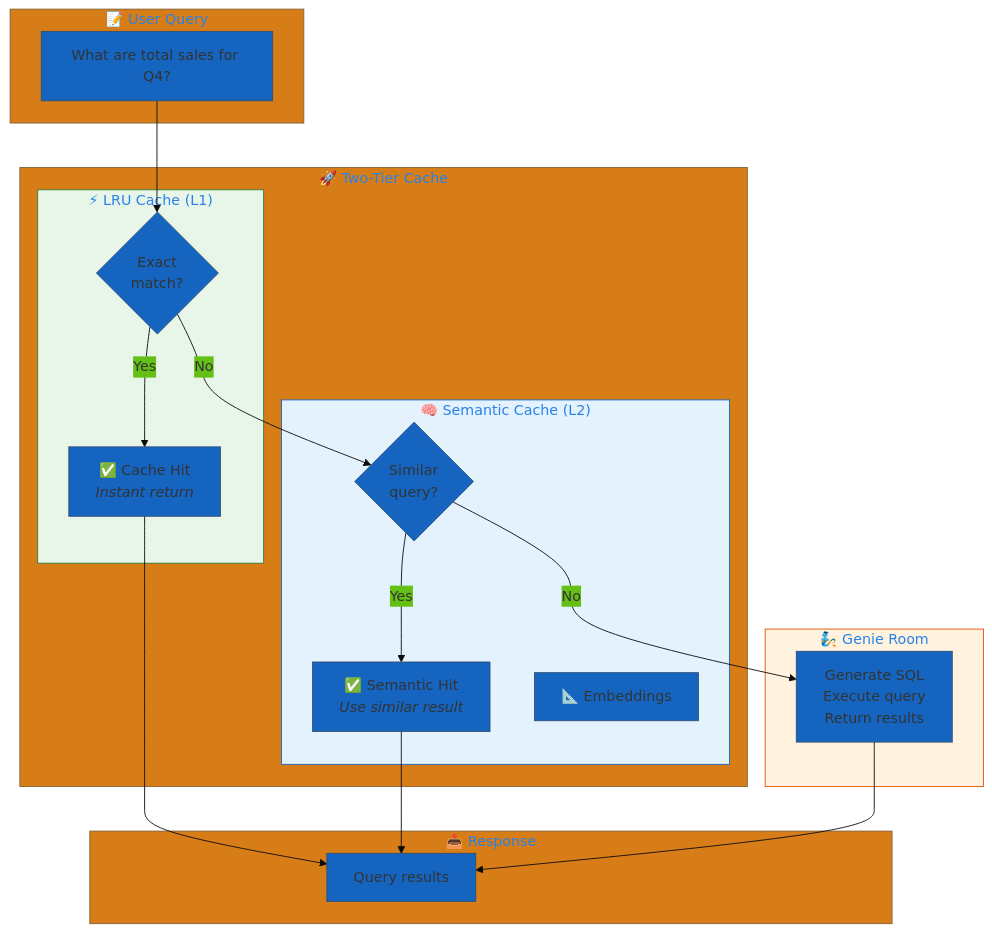
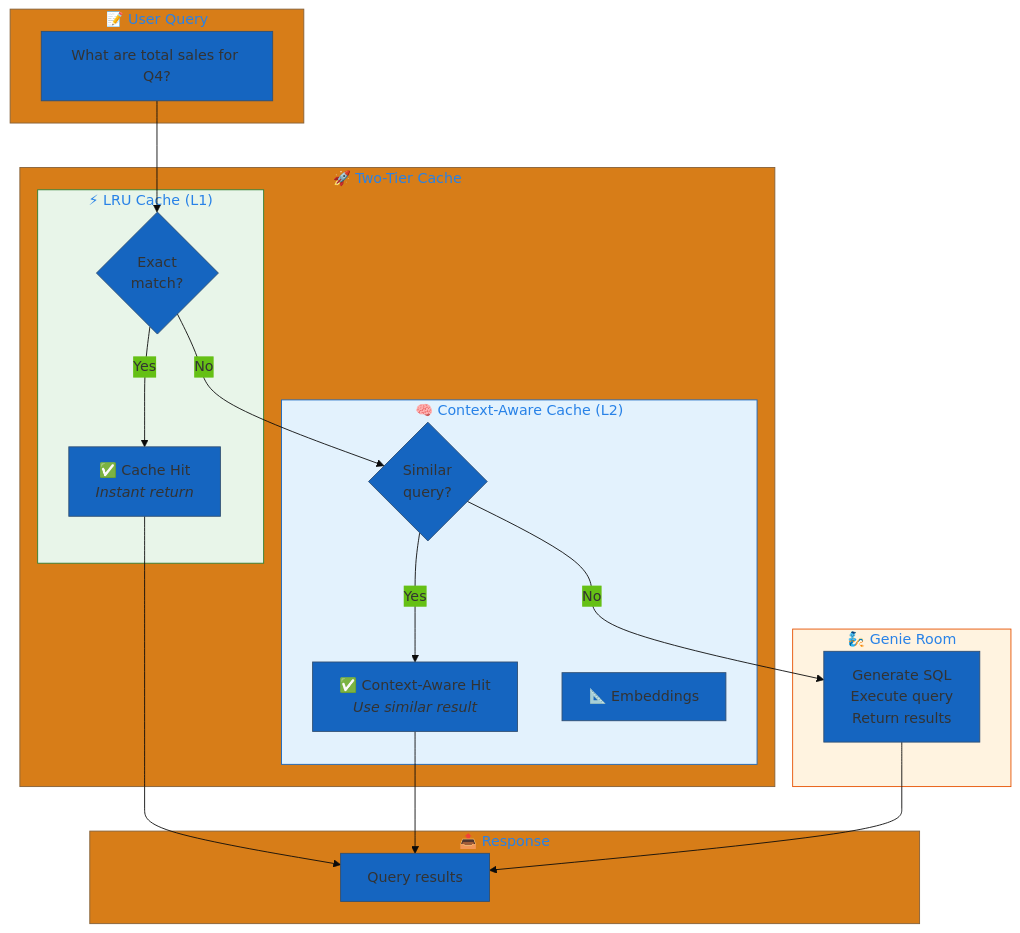
One commit to natefleming/retail-ai changed the first of 6 diagrams in config/examples/04_genie/README.md. Above: the diagram before and after it, drawn with Mermaid. The commit also changed other lines of this file and 25 other files, not shown here.

Commit message:
refactor semantic cache config model

````diff
--- a/config/examples/04_genie/README.md
+++ b/config/examples/04_genie/README.md
@@ -9,41 +9,41 @@
 ```mermaid
 %%{init: {'theme': 'base', 'themeVariables': { 'primaryColor': '#1565c0'}}}%%
 flowchart TB
     subgraph Query["📝 User Query"]
         Q["What are total sales for Q4?"]
     end
 
     subgraph Cache["🚀 Two-Tier Cache"]
         subgraph LRU["⚡ LRU Cache (L1)"]
             LRUCheck{"Exact<br/>match?"}
             LRUHit["✅ Cache Hit<br/><i>Instant return</i>"]
         end
         
-        subgraph Semantic["🧠 Semantic Cache (L2)"]
+        subgraph Semantic["🧠 Context-Aware Cache (L2)"]
             SemCheck{"Similar<br/>query?"}
-            SemHit["✅ Semantic Hit<br/><i>Use similar result</i>"]
+            SemHit["✅ Context-Aware Hit<br/><i>Use similar result</i>"]
             Embed["📐 Embeddings"]
         end
     end
 
     subgraph Genie["🧞 Genie Room"]
         GenieQuery["Generate SQL<br/>Execute query<br/>Return results"]
     end
 
     subgraph Response["📤 Response"]
         Result["Query results"]
     end
 
     Q --> LRUCheck
     LRUCheck -->|"Yes"| LRUHit
     LRUCheck -->|"No"| SemCheck
     SemCheck -->|"Yes"| SemHit
     SemCheck -->|"No"| GenieQuery
     LRUHit --> Result
     SemHit --> Result
     GenieQuery --> Result
 
     style LRU fill:#e8f5e9,stroke:#2e7d32
     style Semantic fill:#e3f2fd,stroke:#1565c0
     style Genie fill:#fff3e0,stroke:#e65100
 ```
````
